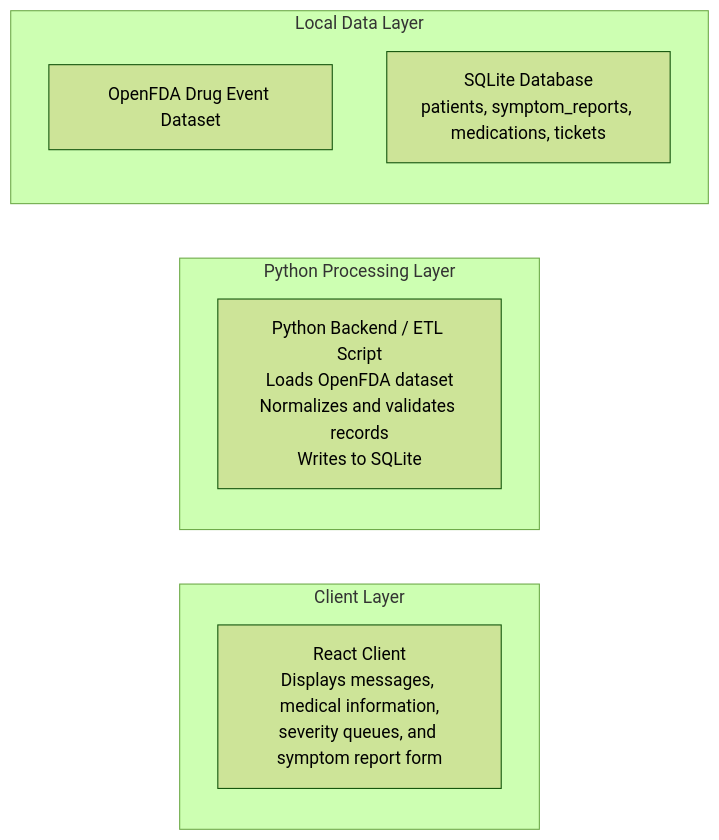
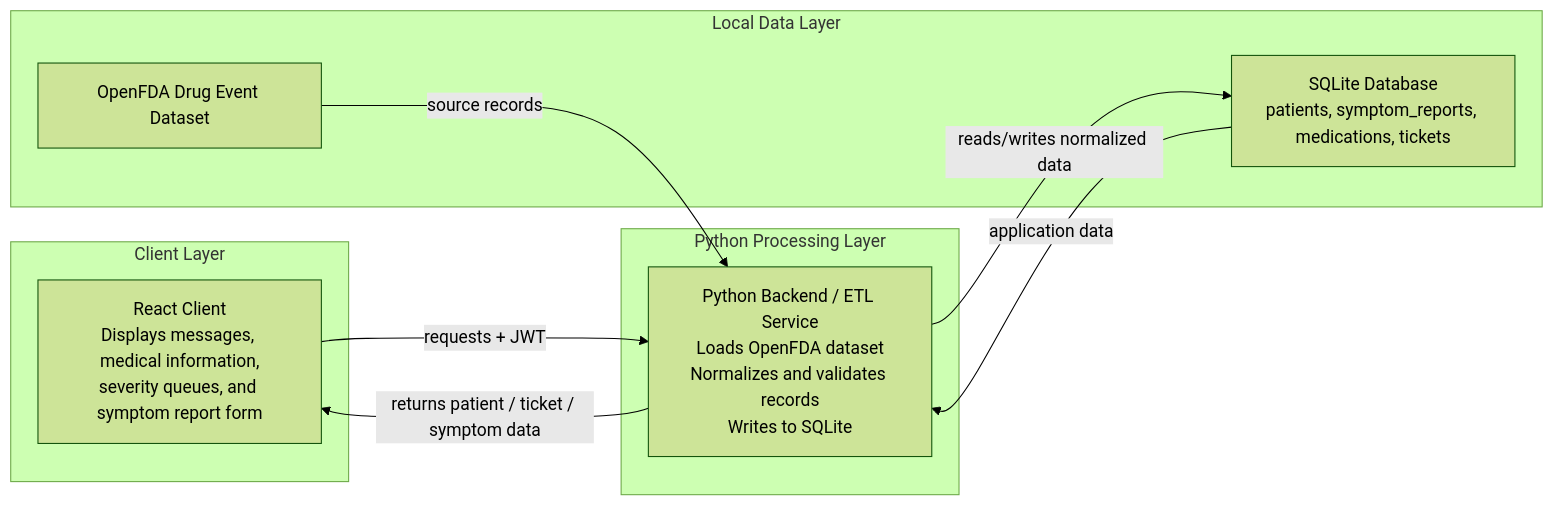
One commit to bodonnell-DePaul/csc394-5 changed the diagram in week3-api-documentation/02-architecture.md. Above: the diagram before and after it, drawn with Mermaid (forest theme). The commit also changed other lines of this file, not shown here.

Commit message:
Fix architecture diagram to show proper component boundaries and interactions

````diff
--- a/week3-api-documentation/02-architecture.md
+++ b/week3-api-documentation/02-architecture.md
@@ -5,16 +5,21 @@
 ```mermaid
 flowchart LR
     subgraph Client["Client Layer"]
         UI["React Client<br/>Displays messages, medical information,<br/>severity queues, and symptom report form"]
     end
 
     subgraph Backend["Python Processing Layer"]
-        PY["Python Backend / ETL Script<br/>Loads OpenFDA dataset<br/>Normalizes and validates records<br/>Writes to SQLite"]
+        PY["Python Backend / ETL Service<br/>Loads OpenFDA dataset<br/>Normalizes and validates records<br/>Writes to SQLite"]
     end
 
     subgraph Data["Local Data Layer"]
         Dataset["OpenFDA Drug Event Dataset"]
         SQLite["SQLite Database<br/>patients, symptom_reports, medications, tickets"]
     end
 
+    UI -->|requests + JWT| PY
+    PY -->|returns patient / ticket / symptom data| UI
+    Dataset -->|source records| PY
+    PY -->|reads/writes normalized data| SQLite
+    SQLite -->|application data| PY
 ```
````
